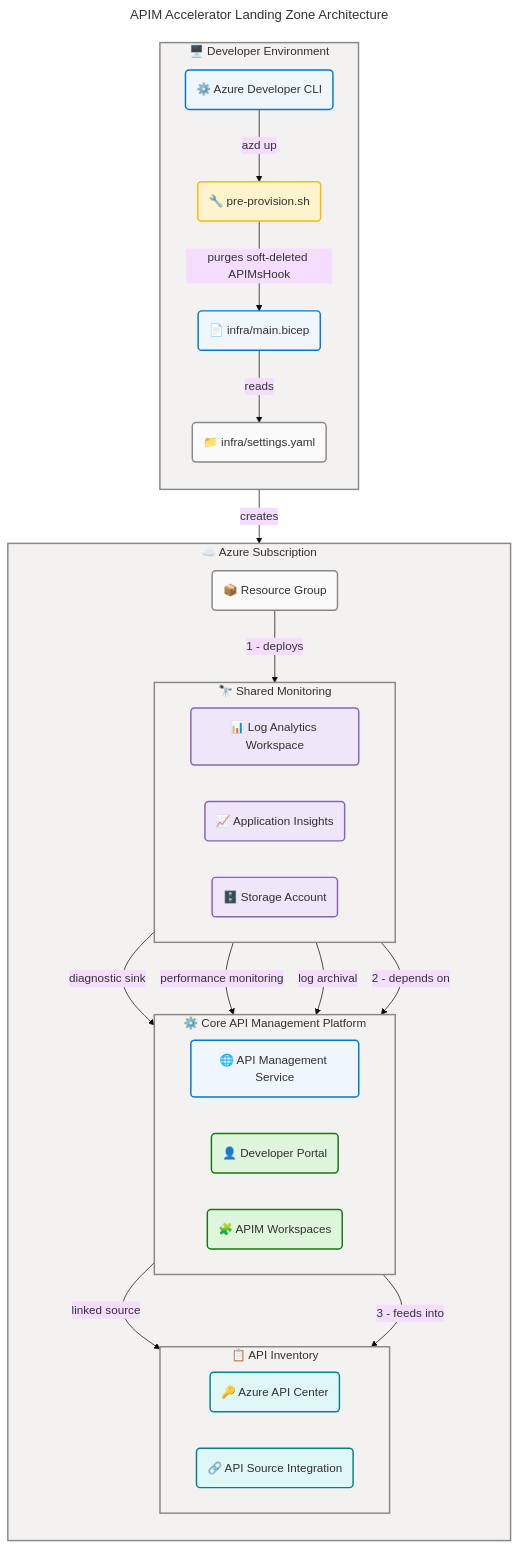
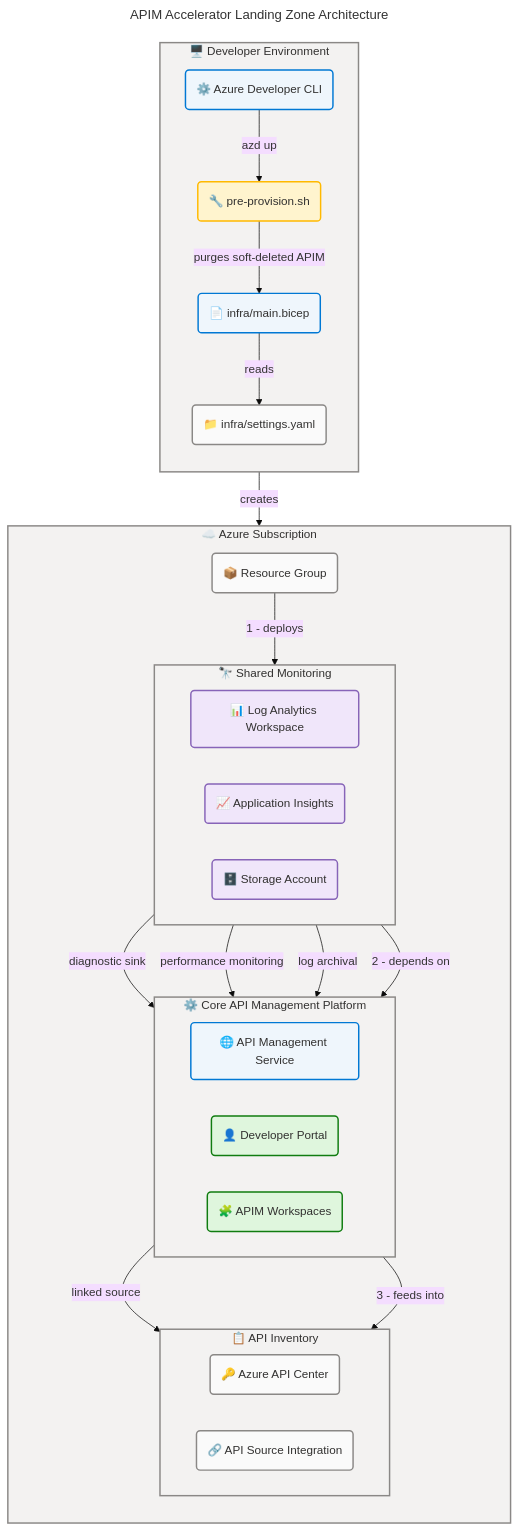
One commit to Evilazaro/APIM-Accelerator changed the diagram in README.md. Above: the diagram before and after it, drawn with Mermaid.

Commit message:
Refactor flowchart class definitions and update hook descriptions for clarity and consistency

````diff
--- a/README.md
+++ b/README.md
@@ -140,13 +140,13 @@
 
         subgraph inventoryLayer["📋 API Inventory"]
             direction LR
-            apiCenter("🔑 Azure API Center"):::external
-            apiSource("🔗 API Source Integration"):::external
+            apiCenter("🔑 Azure API Center"):::neutral
+            apiSource("🔗 API Source Integration"):::neutral
         end
     end
 
     azdCLI -->|"azd up"| preHook
-    preHook -->|"purges soft-deleted APIMsHook"| bicepOrch
+    preHook -->|"purges soft-deleted APIM"| bicepOrch
     bicepOrch -->|"reads"| settings
     bicepOrch -->|"creates"| rg
     rg -->|"1 - deploys"| sharedLayer
@@ -169,5 +169,4 @@
     classDef success fill:#DFF6DD,stroke:#107C10,stroke-width:2px,color:#323130
     classDef warning fill:#FFF4CE,stroke:#FFB900,stroke-width:2px,color:#323130
     classDef data fill:#F0E6FA,stroke:#8764B8,stroke-width:2px,color:#323130
-    classDef external fill:#E0F7F7,stroke:#038387,stroke-width:2px,color:#323130
 ```
````
